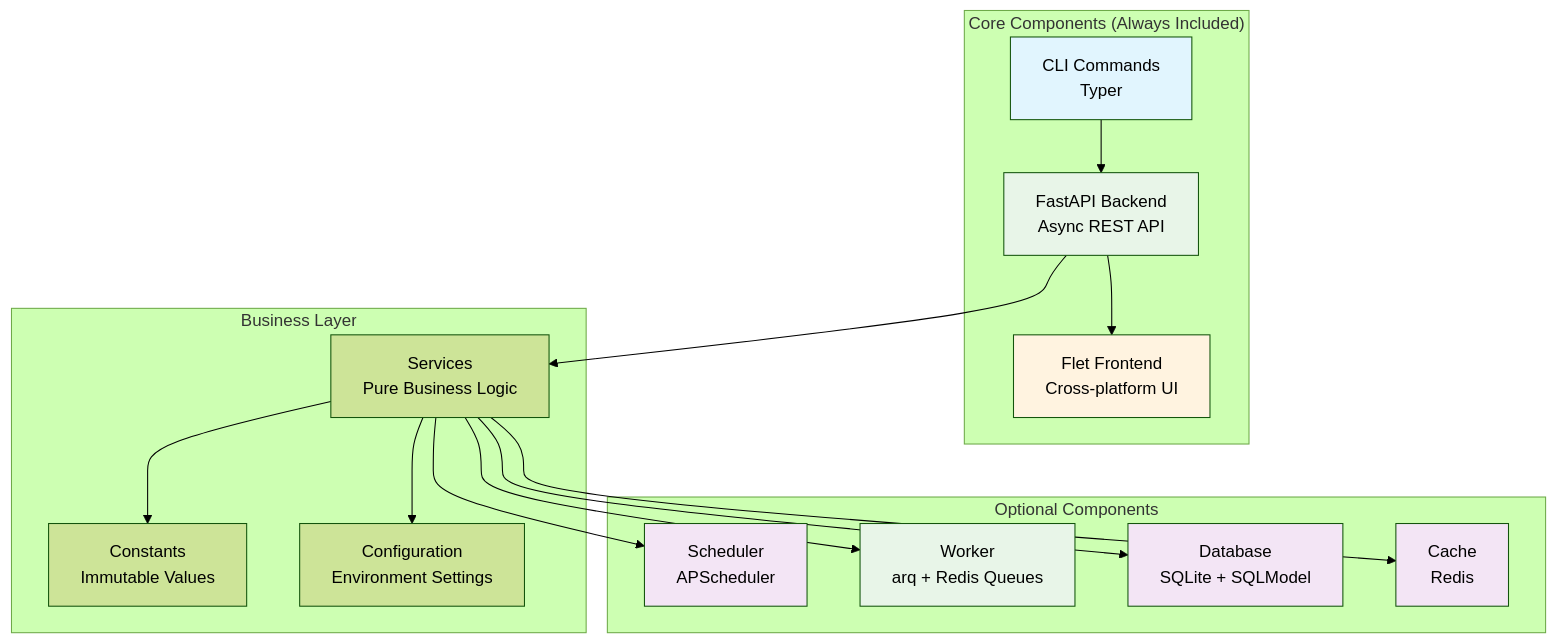
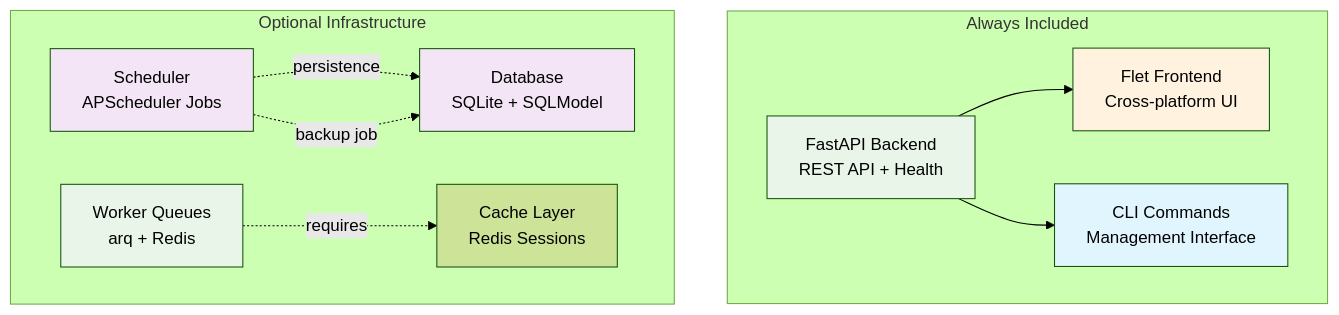
Before and after one commit to bhardwajRahul/aegis-stack: the first of 2 diagrams in docs/components/index.md, drawn with Mermaid (forest theme). The commit also changed other lines of this file and 15 other files, not shown here.

````diff
--- a/docs/components/index.md
+++ b/docs/components/index.md
@@ -24,39 +29,29 @@
 ```mermaid
 graph TB
-    subgraph "Core Components (Always Included)"
-        CLI[CLI Commands<br/>Typer]
-        API[FastAPI Backend<br/>Async REST API]
+    subgraph "Always Included"
+        API[FastAPI Backend<br/>REST API + Health]
         Frontend[Flet Frontend<br/>Cross-platform UI]
+        CLI[CLI Commands<br/>Management Interface]
     end
     
-    subgraph "Optional Components"
-        Scheduler[Scheduler<br/>APScheduler]
-        Worker[Worker<br/>arq + Redis Queues]
+    subgraph "Optional Infrastructure"
+        Scheduler[Scheduler<br/>APScheduler Jobs]
         Database[Database<br/>SQLite + SQLModel]
-        Cache[Cache<br/>Redis]
+        Worker[Worker Queues<br/>arq + Redis]
+        Cache[Cache Layer<br/>Redis Sessions]
     end
     
-    subgraph "Business Layer"
-        Services[Services<br/>Pure Business Logic]
-        Constants[Constants<br/>Immutable Values]
-        Config[Configuration<br/>Environment Settings]
-    end
+    API --> Frontend
+    API --> CLI
     
-    CLI --> API
-    API --> Frontend
-    API --> Services
-    Services --> Scheduler
-    Services --> Worker
-    Services --> Database
-    Services --> Cache
-    Services --> Constants
-    Services --> Config
+    Scheduler -.->|persistence| Database
+    Worker -.->|requires| Cache
+    Scheduler -.->|backup job| Database
     
+    style API fill:#e8f5e8
+    style Frontend fill:#fff3e0  
     style CLI fill:#e1f5fe
-    style API fill:#e8f5e8
-    style Frontend fill:#fff3e0
     style Scheduler fill:#f3e5f5
+    style Database fill:#f3e5f5
     style Worker fill:#e8f5e8
-    style Database fill:#f3e5f5
-    style Cache fill:#f3e5f5
 ```
````
